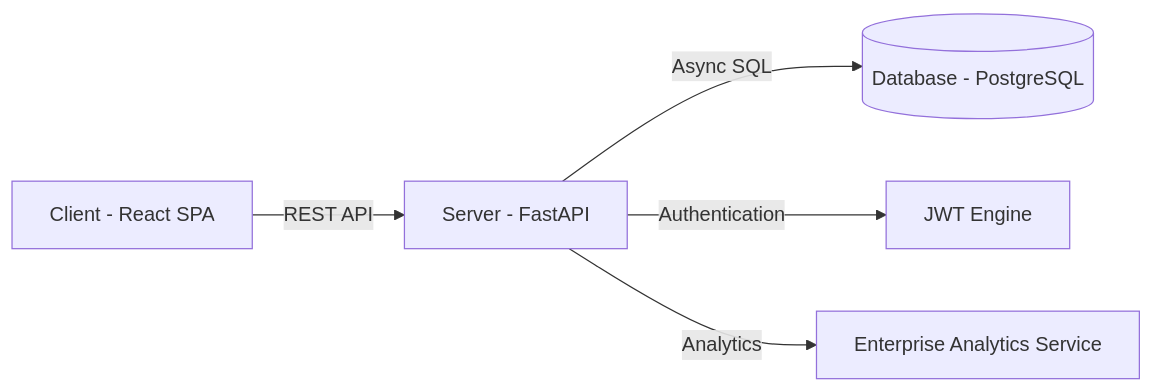
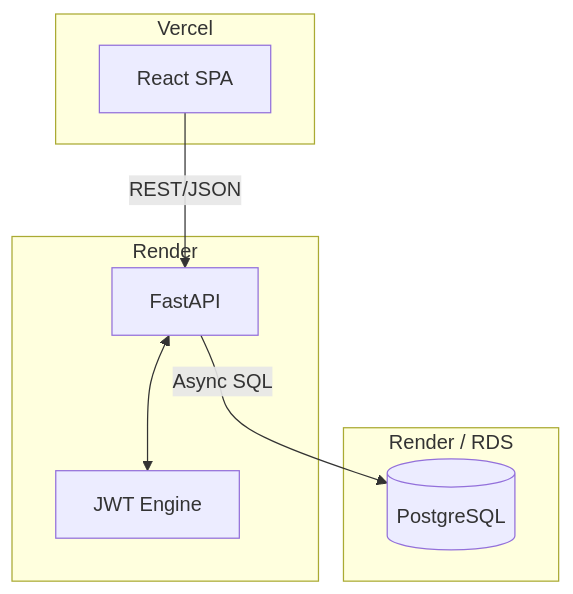
Before and after one commit to codewithsakthi/automation: the first of 2 diagrams in PROJECT_DOCUMENTATION.md, drawn with Mermaid. The commit also changed other lines of this file and 95 other files, not shown here.

Commit message:
feat: Implement initial full-stack application with FastAPI backend, React frontend, database migrations, and CI/CD.

````diff
--- a/PROJECT_DOCUMENTATION.md
+++ b/PROJECT_DOCUMENTATION.md
@@ -53,7 +65,19 @@
 ```mermaid
-graph LR
-    A[Client - React SPA] -- REST API --> B[Server - FastAPI]
-    B -- Async SQL --> C[(Database - PostgreSQL)]
-    B -- Authentication --> D[JWT Engine]
-    B -- Analytics --> E[Enterprise Analytics Service]
+graph TD
+    subgraph Frontend [Vercel]
+        SPA[React SPA]
+    end
+
+    subgraph Backend [Render]
+        API[FastAPI]
+        JWT[JWT Engine]
+    end
+
+    subgraph Database [Render / RDS]
+        DB[(PostgreSQL)]
+    end
+
+    SPA -- "REST/JSON" --> API
+    API <--> JWT
+    API -- "Async SQL" --> DB
 ```
````
